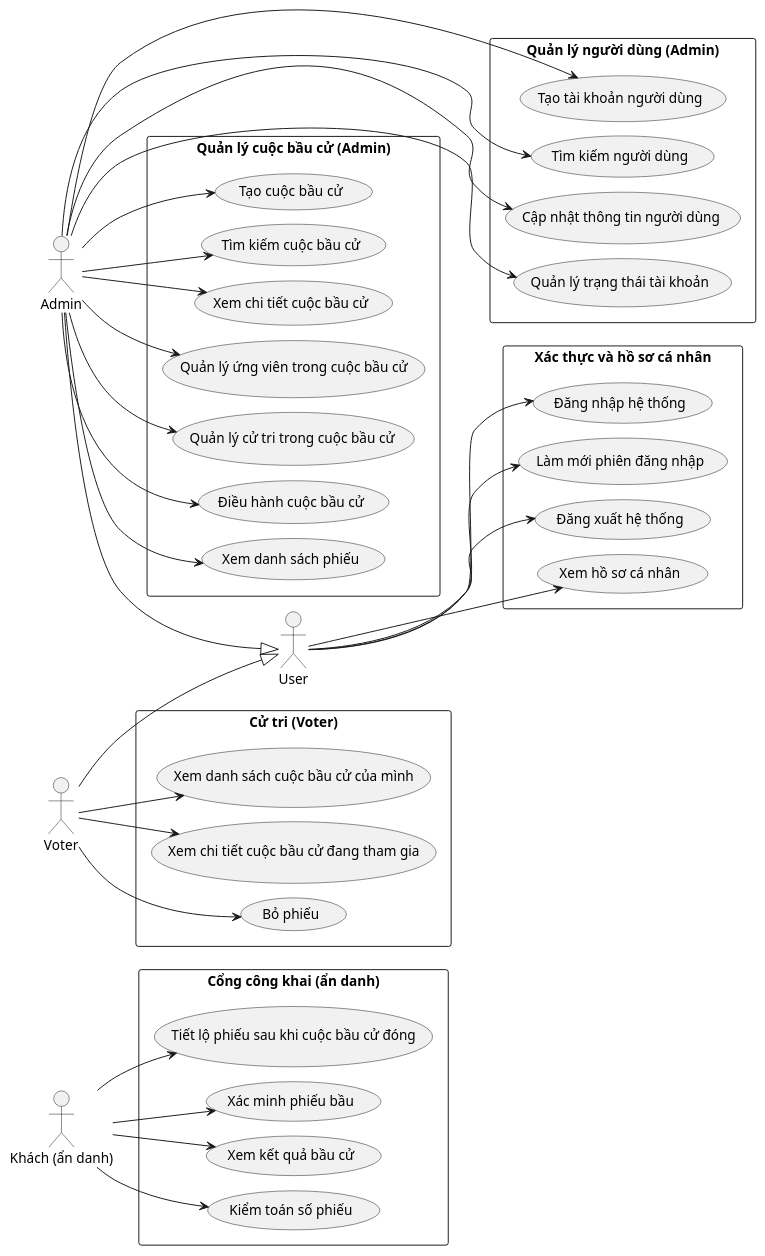
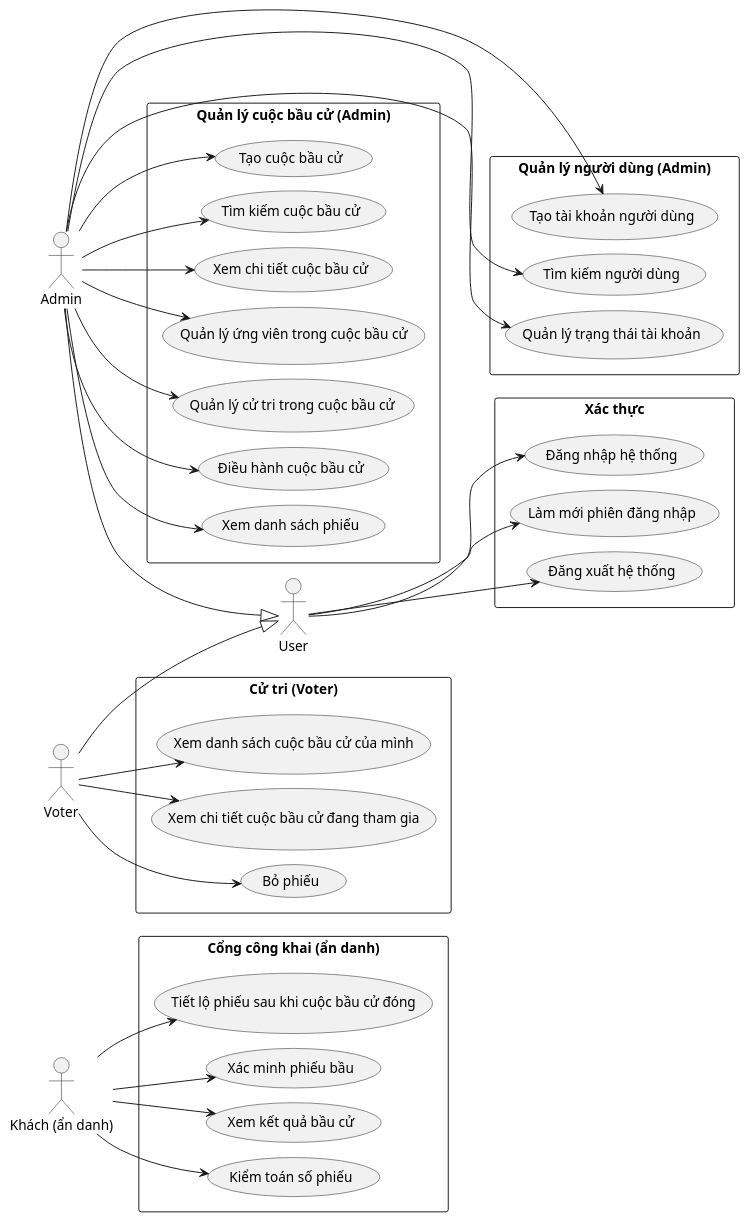
Before and after one commit to Tuienn/e-voting-latex: the diagram in PlantUML/Usecase/Tong-quan-he-thong.puml, drawn with PlantUML. The commit also changed 7 other files, not shown here.

```diff
--- a/PlantUML/Usecase/Tong-quan-he-thong.puml
+++ b/PlantUML/Usecase/Tong-quan-he-thong.puml
@@ -1,82 +1,78 @@
 @startuml TongQuanHeThong_UC
 left to right direction
 skinparam packageStyle rectangle
 skinparam ranksep 30
 skinparam nodesep 15
 
 actor "User" as user
 actor "Admin" as admin
 actor "Voter" as voter
 actor "Khách (ẩn danh)" as guest
 
 admin --|> user
 voter --|> user
 
 together {
-  rectangle "Xác thực và hồ sơ cá nhân" {
+  rectangle "Xác thực" {
     usecase "Đăng nhập hệ thống" as UC_SignIn
     usecase "Làm mới phiên đăng nhập" as UC_Refresh
     usecase "Đăng xuất hệ thống" as UC_SignOut
-    usecase "Xem hồ sơ cá nhân" as UC_Profile
   }
 
   rectangle "Quản lý người dùng (Admin)" {
     usecase "Tạo tài khoản người dùng" as UC_CreateUser
     usecase "Tìm kiếm người dùng" as UC_SearchUser
-    usecase "Cập nhật thông tin người dùng" as UC_UpdateUser
     usecase "Quản lý trạng thái tài khoản" as UC_StatusUser
   }
 }
 
 rectangle "Quản lý cuộc bầu cử (Admin)" {
   usecase "Tạo cuộc bầu cử" as UC_CreateElec
   usecase "Tìm kiếm cuộc bầu cử" as UC_SearchElec
   usecase "Xem chi tiết cuộc bầu cử" as UC_ViewElec
   usecase "Quản lý ứng viên trong cuộc bầu cử" as UC_MngCand
   usecase "Quản lý cử tri trong cuộc bầu cử" as UC_MngVoter
   usecase "Điều hành cuộc bầu cử" as UC_RunElec
   usecase "Xem danh sách phiếu" as UC_ViewVotes
 }
 
 together {
   rectangle "Cử tri (Voter)" {
     usecase "Xem danh sách cuộc bầu cử của mình" as UC_MyElecs
     usecase "Xem chi tiết cuộc bầu cử đang tham gia" as UC_MyElecDetail
     usecase "Bỏ phiếu" as UC_Vote
   }
 
   rectangle "Cổng công khai (ẩn danh)" {
     usecase "Tiết lộ phiếu sau khi cuộc bầu cử đóng" as UC_Reveal
     usecase "Xác minh phiếu bầu" as UC_Verify
     usecase "Xem kết quả bầu cử" as UC_Tally
     usecase "Kiểm toán số phiếu" as UC_Audit
   }
 }
 
 user --> UC_SignIn
 user --> UC_Refresh
 user --> UC_SignOut
-user --> UC_Profile
 
 admin --> UC_CreateUser
 admin --> UC_SearchUser
-admin --> UC_UpdateUser
 admin --> UC_StatusUser
 
 admin --> UC_CreateElec
 admin --> UC_SearchElec
 admin --> UC_ViewElec
 admin --> UC_MngCand
 admin --> UC_MngVoter
 admin --> UC_RunElec
 admin --> UC_ViewVotes
 
 voter --> UC_MyElecs
 voter --> UC_MyElecDetail
 voter --> UC_Vote
 
 guest --> UC_Reveal
 guest --> UC_Verify
 guest --> UC_Tally
 guest --> UC_Audit
 @enduml
```
